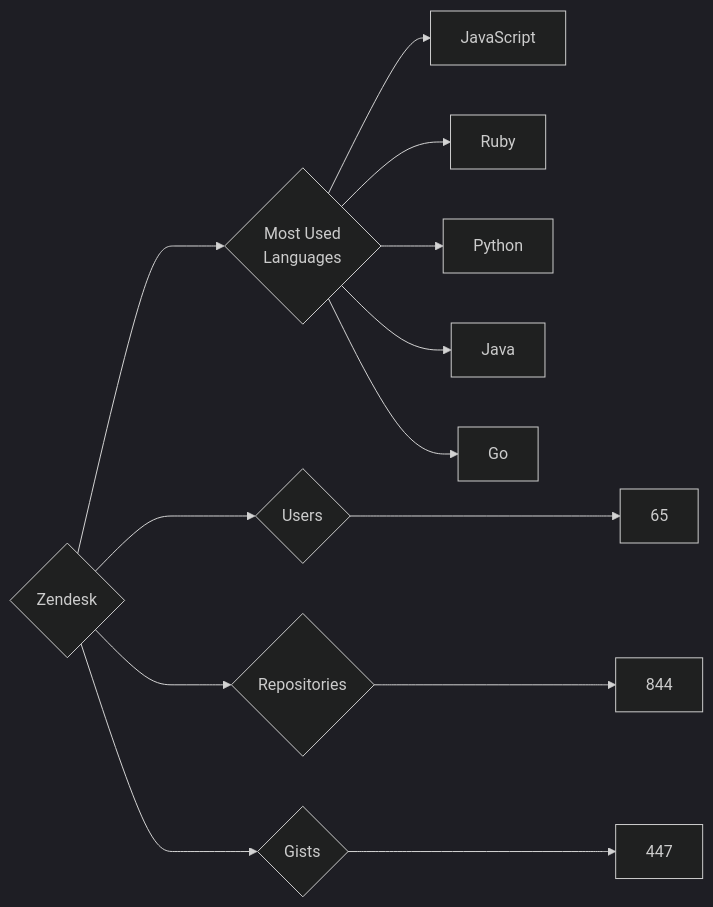
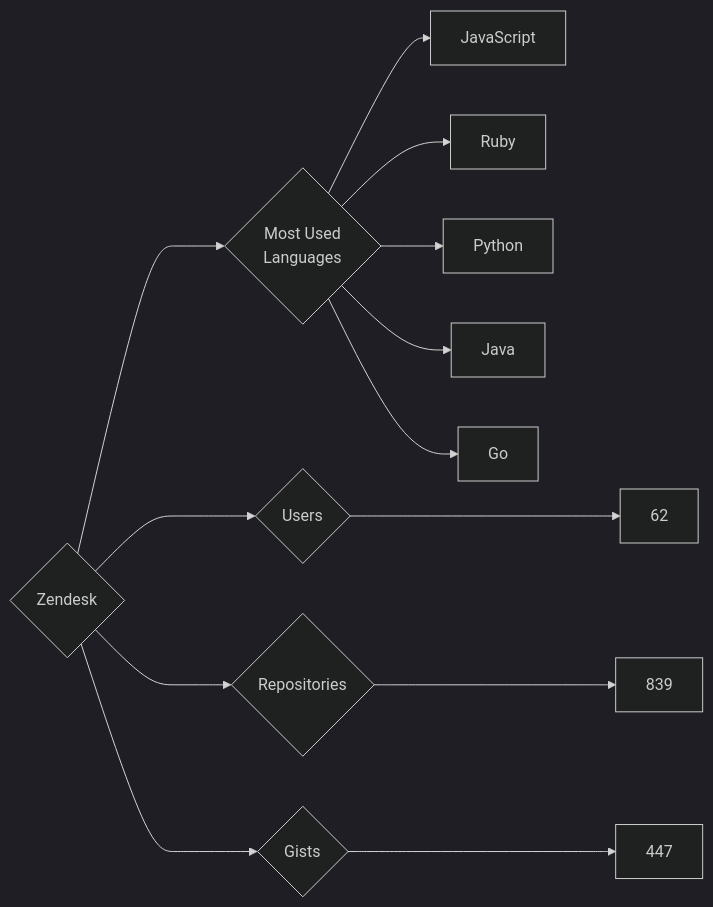
Before and after one commit to trickest/insiders: the diagram in targets/Zendesk/README.md, drawn with Mermaid (dark theme). The commit also changed 886 other files, not shown here.

````diff
--- a/targets/Zendesk/README.md
+++ b/targets/Zendesk/README.md
@@ -3,13 +3,13 @@
 ```mermaid
 graph LR
 COMPANY_NAME{Zendesk}
-COMPANY_NAME ---> U{Users} ---> UN[65]
-COMPANY_NAME ---> R{Repositories} ---> RN[844]
+COMPANY_NAME ---> U{Users} ---> UN[62]
+COMPANY_NAME ---> R{Repositories} ---> RN[839]
 COMPANY_NAME ---> G{Gists} ---> GN[447]
 COMPANY_NAME ---> ML{Most Used<br>Languages}
 ML --> JavaScript[JavaScript]
 ML --> Ruby[Ruby]
 ML --> Python[Python]
 ML --> Java[Java]
 ML --> Go[Go]
 ```
````
